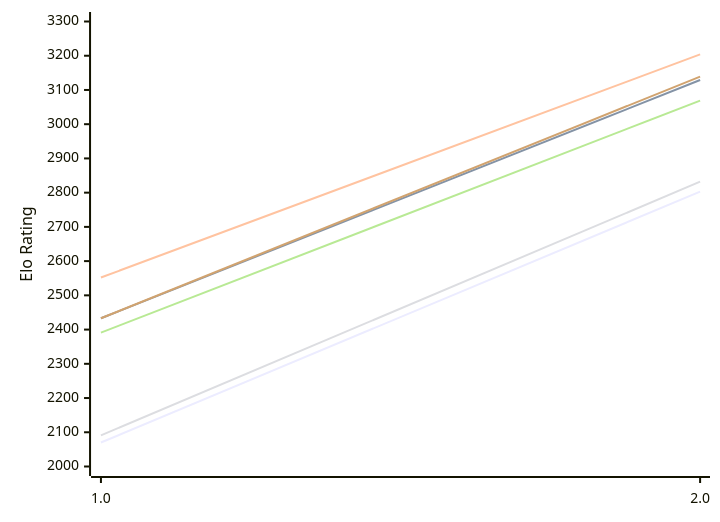
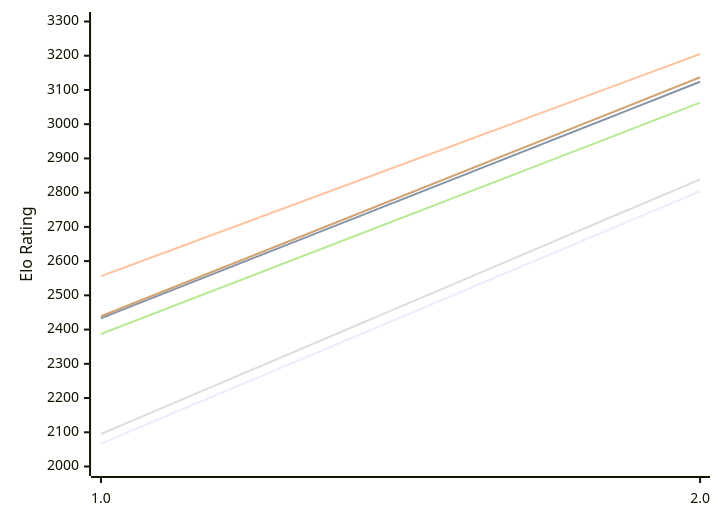
One commit to computer-chess-index/cci changed the diagram in engines/Scarlet.md. Above: the diagram before and after it, drawn with Mermaid. The commit also changed other lines of this file, not shown here.

Commit message:
Update CCI Ratings (ELO VLTC) - 2026-11-17

````diff
--- a/engines/Scarlet.md
+++ b/engines/Scarlet.md
@@ -49,12 +49,12 @@
 ```mermaid
 %%{init: {"theme":"base","themeVariables":{"seriesColors:['#a3a3a3','#222221','#faa371']}}}%%
 xychart-beta
   x-axis ["1.0", "2.0"]
   y-axis "Elo Rating" 2000 --> 3300
-  line "E1: STC (8.0+0.08s)" [2070, 2803]
-  line "E1: LTC (60.0+0.60s)" [2433, 3129]
-  line "E1: VLTC (2m24s+1.12s)" [2552, 3204]
-  line "P1: STC (8.0+0.08s)" [2091, 2832]
-  line "P1: LTC (60.0+0.60s)" [2391, 3069]
-  line "P1: VLTC (2m24s+1.12s)" [2433, 3139]
+  line "E1: STC (8.0+0.08s)" [2067, 2804]
+  line "E1: LTC (60.0+0.60s)" [2433, 3124]
+  line "E1: VLTC (2m24s+1.12s)" [2556, 3205]
+  line "P1: STC (8.0+0.08s)" [2095, 2839]
+  line "P1: LTC (60.0+0.60s)" [2387, 3063]
+  line "P1: VLTC (2m24s+1.12s)" [2439, 3137]
 ```
````
